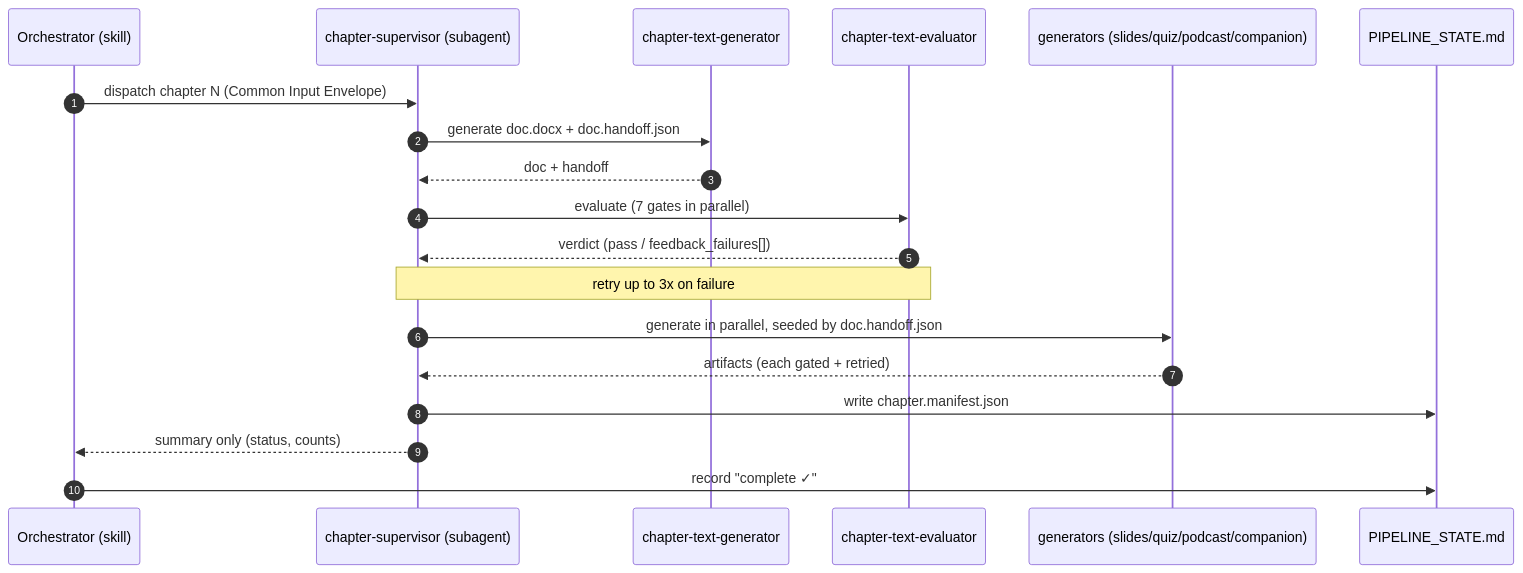
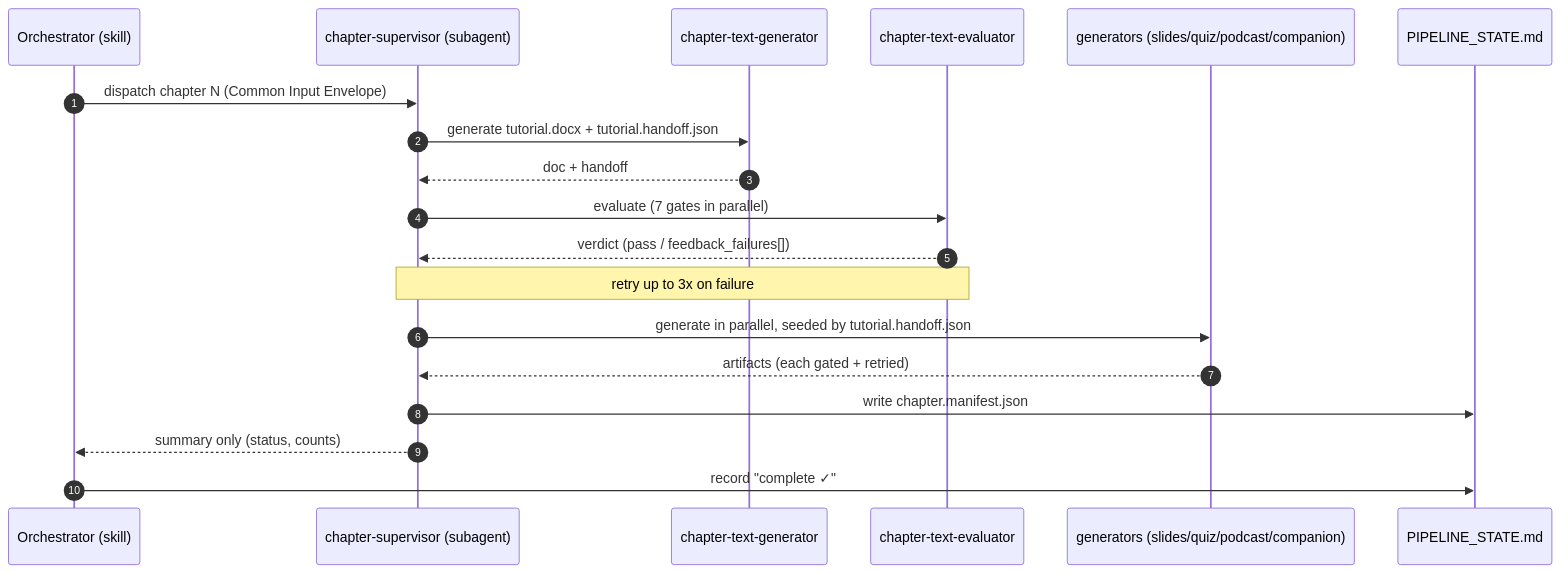
One commit to manucohenyashar/personalized_course_factory changed the fifth of 5 diagrams in architecture.md. Above: the diagram before and after it, drawn with Mermaid. The commit also changed other lines of this file and 71 other files, not shown here.

````diff
--- a/architecture.md
+++ b/architecture.md
@@ -476,22 +476,22 @@
 ```mermaid
 sequenceDiagram
     autonumber
     participant O as Orchestrator (skill)
     participant S as chapter-supervisor (subagent)
     participant Gt as chapter-text-generator
     participant Et as chapter-text-evaluator
     participant Gx as generators (slides/quiz/podcast/companion)
     participant St as PIPELINE_STATE.md
 
     O->>S: dispatch chapter N (Common Input Envelope)
-    S->>Gt: generate doc.docx + doc.handoff.json
+    S->>Gt: generate tutorial.docx + tutorial.handoff.json
     Gt-->>S: doc + handoff
     S->>Et: evaluate (7 gates in parallel)
     Et-->>S: verdict (pass / feedback_failures[])
     Note over S,Et: retry up to 3x on failure
-    S->>Gx: generate in parallel, seeded by doc.handoff.json
+    S->>Gx: generate in parallel, seeded by tutorial.handoff.json
     Gx-->>S: artifacts (each gated + retried)
     S->>St: write chapter.manifest.json
     S-->>O: summary only (status, counts)
     O->>St: record "complete ✓"
 ```
````
